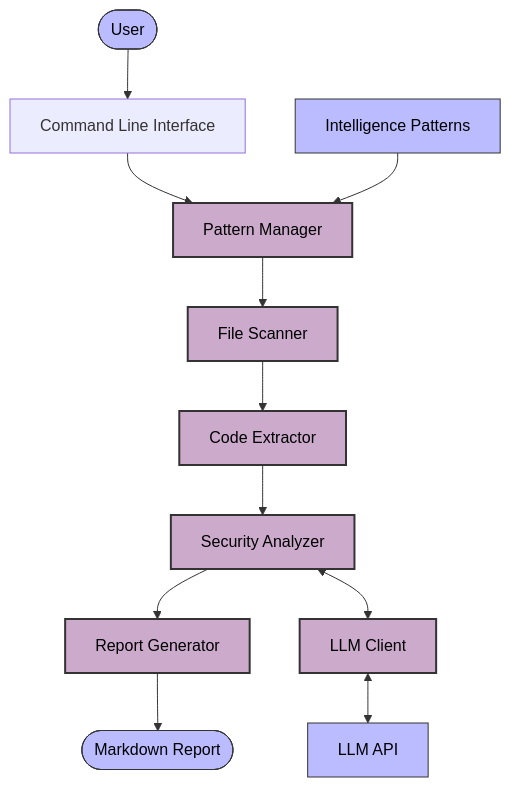
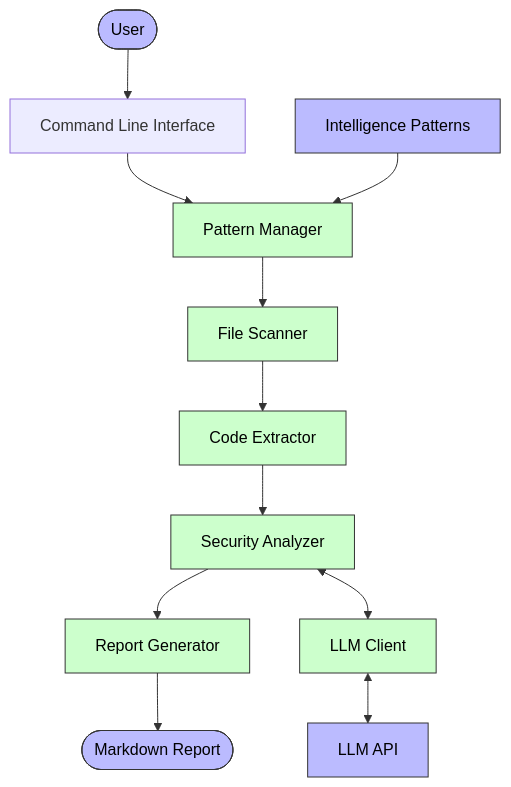
The diagram in README.md (fujiokayu/grepIntel), drawn with Mermaid before and after one commit. The commit also changed other lines of this file and 2 other files, not shown here.

Commit message:
chore: fix comment from ja to en

````diff
--- a/README.md
+++ b/README.md
@@ -7,20 +7,20 @@
 ```mermaid
 graph TD
     User([User]) --> CLI[Command Line Interface]
     CLI --> PM[Pattern Manager]
     PM --> FS[File Scanner]
     FS --> CE[Code Extractor]
     CE --> SA[Security Analyzer]
     SA --> RG[Report Generator]
     RG --> Report([Markdown Report])
     
     IP[Intelligence Patterns] --> PM
     SA <--> LC[LLM Client]
     LC <--> API[LLM API]
     
-    classDef component fill:#cac,stroke:#333,stroke-width:2px,color:#000;
+    classDef component fill:#cfc,stroke:#333,stroke-width:1px,color:#000;
     classDef external fill:#bbf,stroke:#333,stroke-width:1px,color:#000;
     
     class PM,FS,CE,SA,RG,LC component;
     class User,IP,API,Report external;
 ```
````
